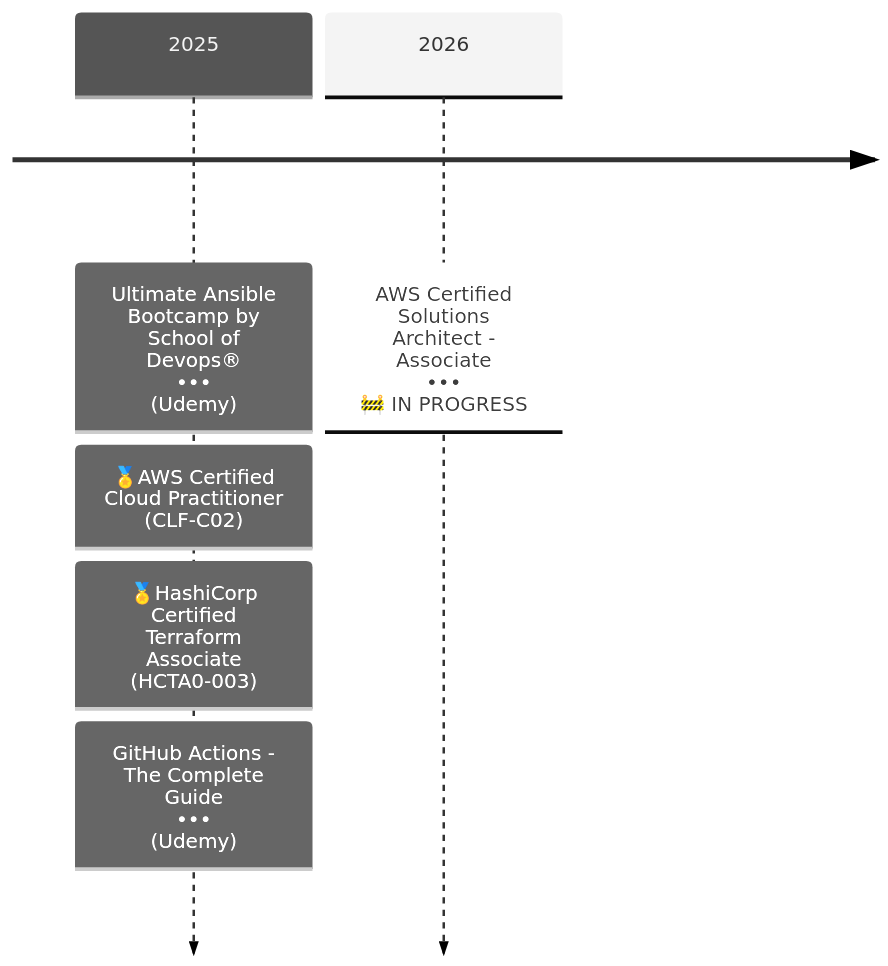
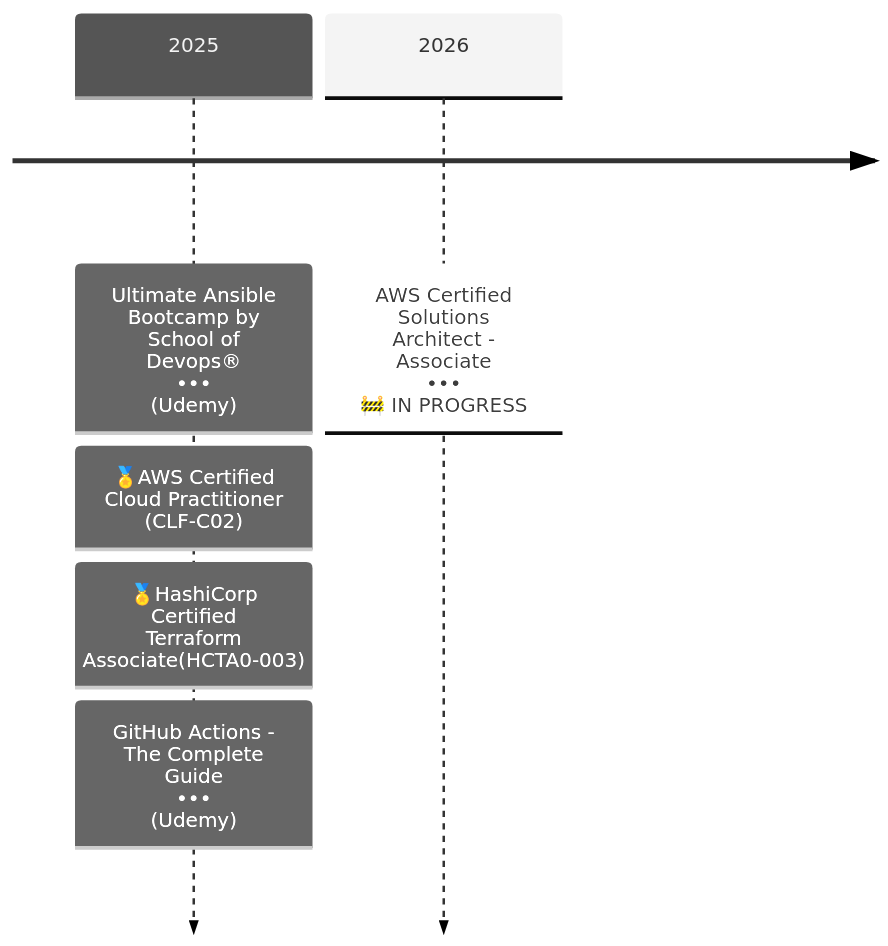
One commit to rtdevx/rtdevx.github.io changed the diagram in content/about.md. Above: the diagram before and after it, drawn with Mermaid (neutral theme).

Commit message:
Obsidian sync: 2025-12-09 23:24:14

```diff
--- a/content/about.md
+++ b/content/about.md
@@ -63,8 +63,8 @@
 {{< mermaid >}}
 timeline
-    2025 : Ultimate Ansible Bootcamp by School of Devops® <br> ••• <br>(Udemy)
-         : 🏅AWS Certified Cloud Practitioner (CLF-C02)<br>
-         : 🏅HashiCorp Certified Terraform Associate (HCTA0-003)
-         : GitHub Actions - The Complete Guide <br> ••• <br> (Udemy)
-    2026 : AWS Certified Solutions Architect - Associate <br> ••• <br> 🚧 IN PROGRESS
+    2025 : Ultimate Ansible Bootcamp by School of Devops® <br>•••<br>(Udemy)
+         : 🏅AWS Certified Cloud Practitioner (CLF-C02)
+         : 🏅HashiCorp Certified Terraform Associate(HCTA0-003)
+         : GitHub Actions - The Complete Guide <br>•••<br>(Udemy)
+    2026 : AWS Certified Solutions Architect - Associate <br>•••<br>🚧 IN PROGRESS
 {{< /mermaid >}}
```
